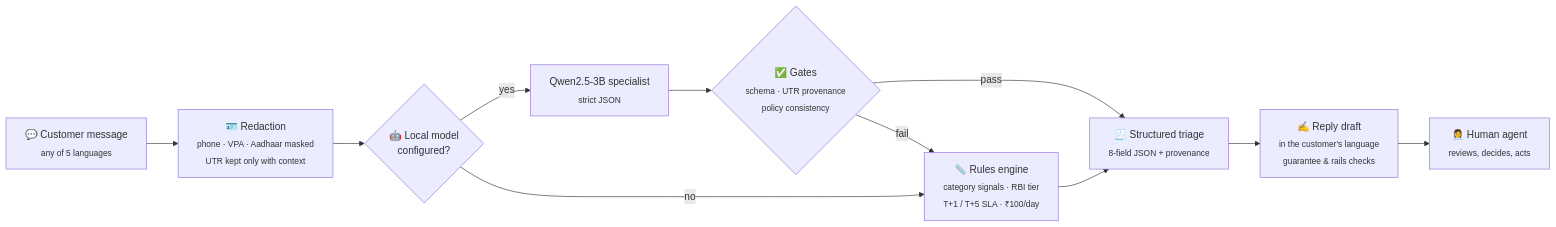
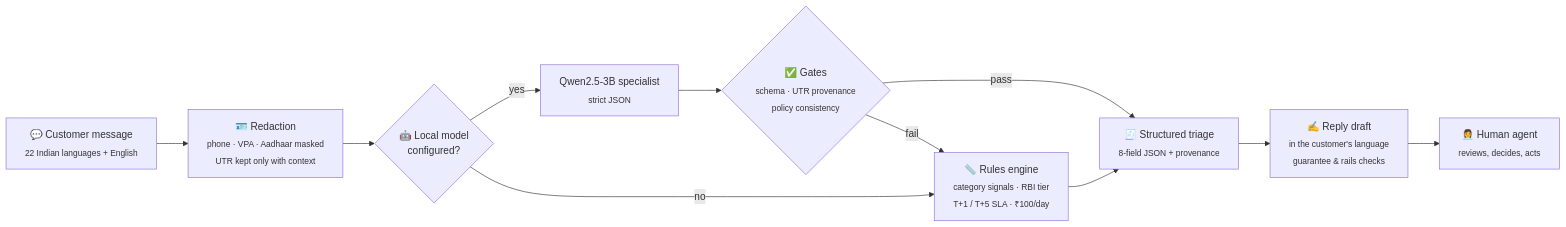
Before and after one commit to vishal88736/suraksha-merge: the first of 2 diagrams in README.md, drawn with Mermaid. The commit also changed other lines of this file and 21 other files, not shown here.

````diff
--- a/README.md
+++ b/README.md
@@ -111,13 +149,13 @@
 ```mermaid
 flowchart LR
-    A["💬 Customer message<br/><sub>any of 5 languages</sub>"] --> B["🪪 Redaction<br/><sub>phone · VPA · Aadhaar masked<br/>UTR kept only with context</sub>"]
+    A["💬 Customer message<br/><sub>22 Indian languages + English</sub>"] --> B["🪪 Redaction<br/><sub>phone · VPA · Aadhaar masked<br/>UTR kept only with context</sub>"]
     B --> C{"🤖 Local model<br/>configured?"}
     C -- yes --> D["Qwen2.5-3B specialist<br/><sub>strict JSON</sub>"]
     D --> E{"✅ Gates<br/><sub>schema · UTR provenance<br/>policy consistency</sub>"}
     E -- pass --> G
     E -- fail --> F
     C -- no --> F["📏 Rules engine<br/><sub>category signals · RBI tier<br/>T+1 / T+5 SLA · ₹100/day</sub>"]
     F --> G["🧾 Structured triage<br/><sub>8-field JSON + provenance</sub>"]
     G --> H["✍️ Reply draft<br/><sub>in the customer's language<br/>guarantee & rails checks</sub>"]
     H --> I["👩‍💼 Human agent<br/><sub>reviews, decides, acts</sub>"]
 ```
````
